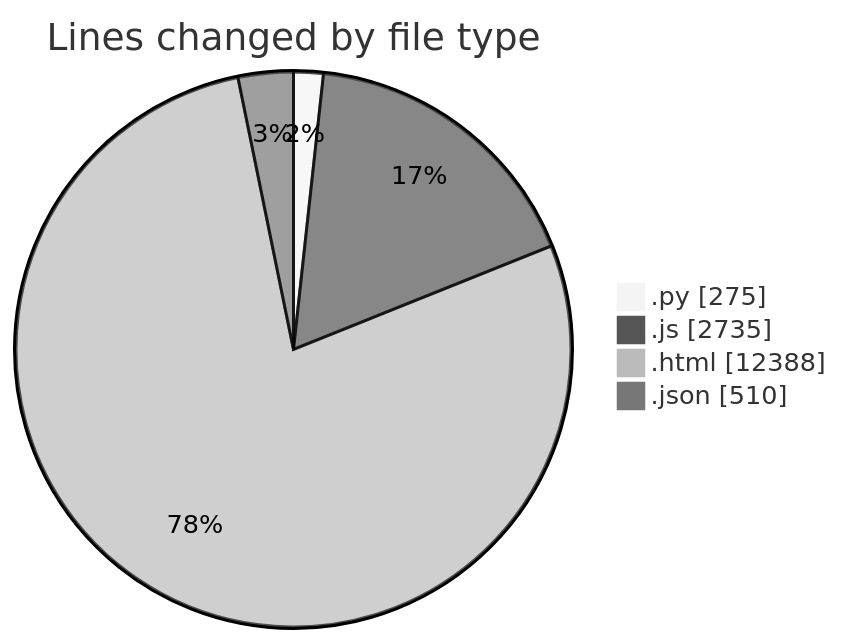
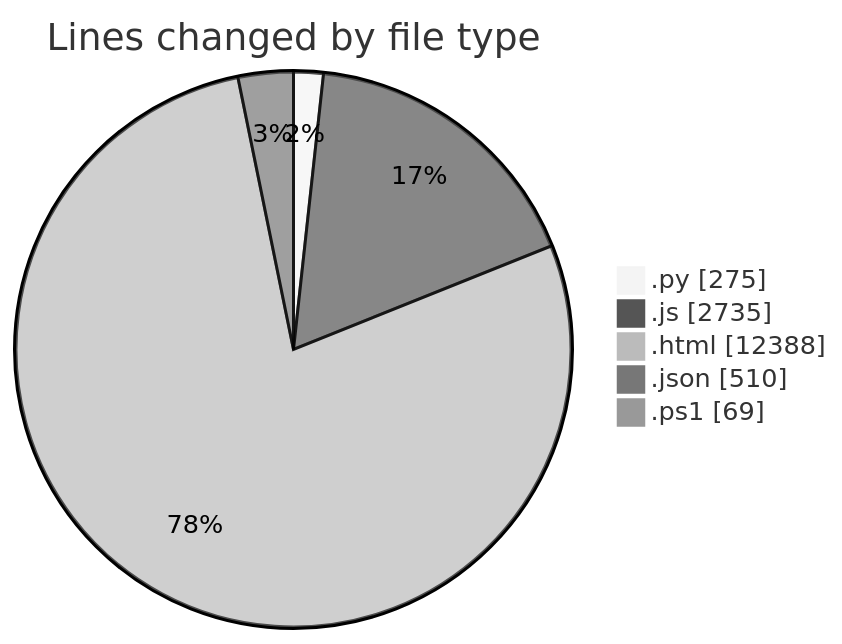
The first of 2 diagrams in 2026-07-09/twenty_versions_aminor/README.md (shibass792/code-tracking), drawn with Mermaid (neutral theme) before and after one commit. The commit also changed other lines of this file and 1 other file, not shown here.

````diff
--- a/2026-07-09/twenty_versions_aminor/README.md
+++ b/2026-07-09/twenty_versions_aminor/README.md
@@ -41,8 +44,9 @@
 ```mermaid
 pie showData
 title Lines changed by file type
 ".py" : 275
 ".js" : 2735
 ".html" : 12388
 ".json" : 510
+".ps1" : 69
 ```
````
